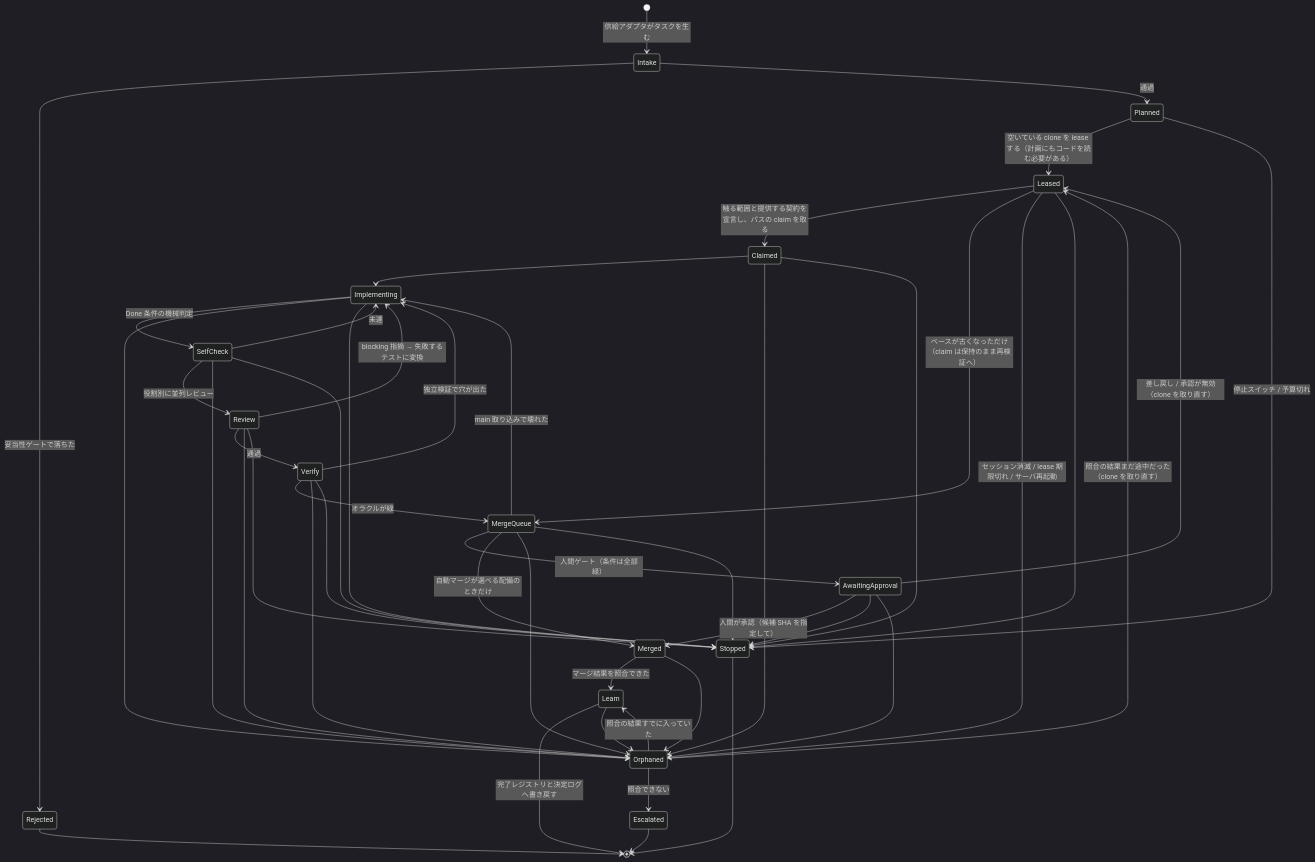
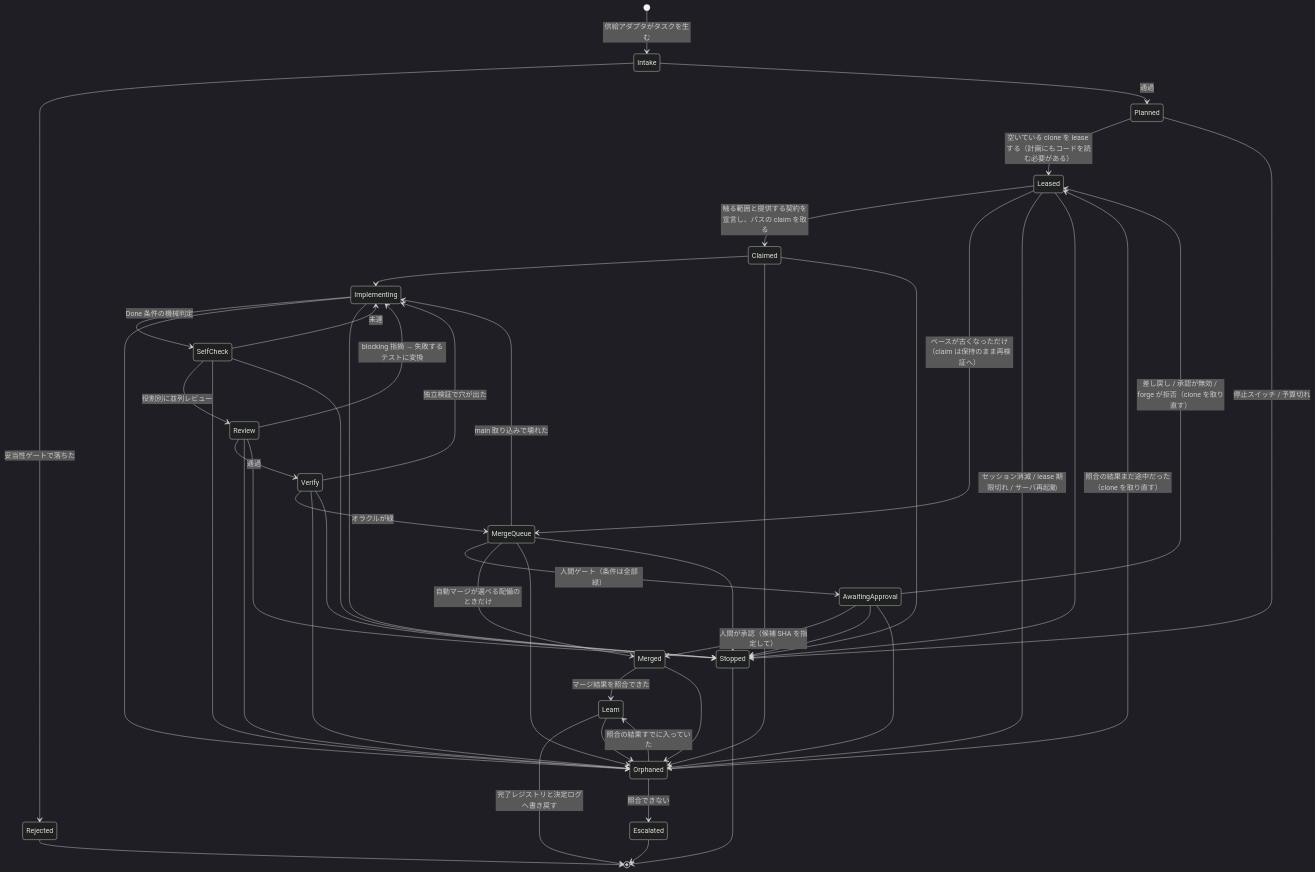
Before and after one commit to highfar-projects/mulmoterminal: the first of 2 diagrams in future/autonomous-delivery-pipeline.md, drawn with Mermaid (dark theme). The commit also changed other lines of this file and 1 other file, not shown here.

First line of the commit message:
fix: address Codex review iter-32 — forge 拒否の復帰が Leased を通っていなかった

````diff
--- a/future/autonomous-delivery-pipeline.md
+++ b/future/autonomous-delivery-pipeline.md
@@ -30,50 +30,50 @@
 ```mermaid
 stateDiagram-v2
     [*] --> Intake: 供給アダプタがタスクを生む
     Intake --> Rejected: 妥当性ゲートで落ちた
     Intake --> Planned: 通過
     Planned --> Leased: 空いている clone を lease する（計画にもコードを読む必要がある）
     Leased --> Claimed: 触る範囲と提供する契約を宣言し、パスの claim を取る
     Claimed --> Implementing
     Leased --> MergeQueue: ベースが古くなっただけ（claim は保持のまま再検証へ）
     Implementing --> SelfCheck: Done 条件の機械判定
     SelfCheck --> Implementing: 未達
     SelfCheck --> Review: 役割別に並列レビュー
     SelfCheck --> Orphaned
     SelfCheck --> Stopped
     Review --> Implementing: blocking 指摘 → 失敗するテストに変換
     Review --> Verify: 通過
     Verify --> Implementing: 独立検証で穴が出た
     Verify --> MergeQueue: オラクルが緑
     MergeQueue --> Implementing: main 取り込みで壊れた
     MergeQueue --> AwaitingApproval: 人間ゲート（条件は全部緑）
     AwaitingApproval --> Merged: 人間が承認（候補 SHA を指定して）
-    AwaitingApproval --> Leased: 差し戻し / 承認が無効（clone を取り直す）
+    AwaitingApproval --> Leased: 差し戻し / 承認が無効 / forge が拒否（clone を取り直す）
     MergeQueue --> Merged: 自動マージが選べる配備のときだけ
     Merged --> Learn: マージ結果を照合できた
     Learn --> [*]: 完了レジストリと決定ログへ書き戻す
     Rejected --> [*]
 
     Leased --> Orphaned: セッション消滅 / lease 期限切れ / サーバ再起動
     Claimed --> Orphaned
     Implementing --> Orphaned
     Review --> Orphaned
     Verify --> Orphaned
     MergeQueue --> Orphaned
     Merged --> Orphaned
     Learn --> Orphaned
     Orphaned --> Leased: 照合の結果まだ途中だった（clone を取り直す）
     Orphaned --> Learn: 照合の結果すでに入っていた
     Orphaned --> Escalated: 照合できない
     Planned --> Stopped: 停止スイッチ / 予算切れ
     Leased --> Stopped
     Claimed --> Stopped
     Implementing --> Stopped
     Review --> Stopped
     Verify --> Stopped
     MergeQueue --> Stopped
     AwaitingApproval --> Stopped
     AwaitingApproval --> Orphaned
     Escalated --> [*]
     Stopped --> [*]
 ```
````
